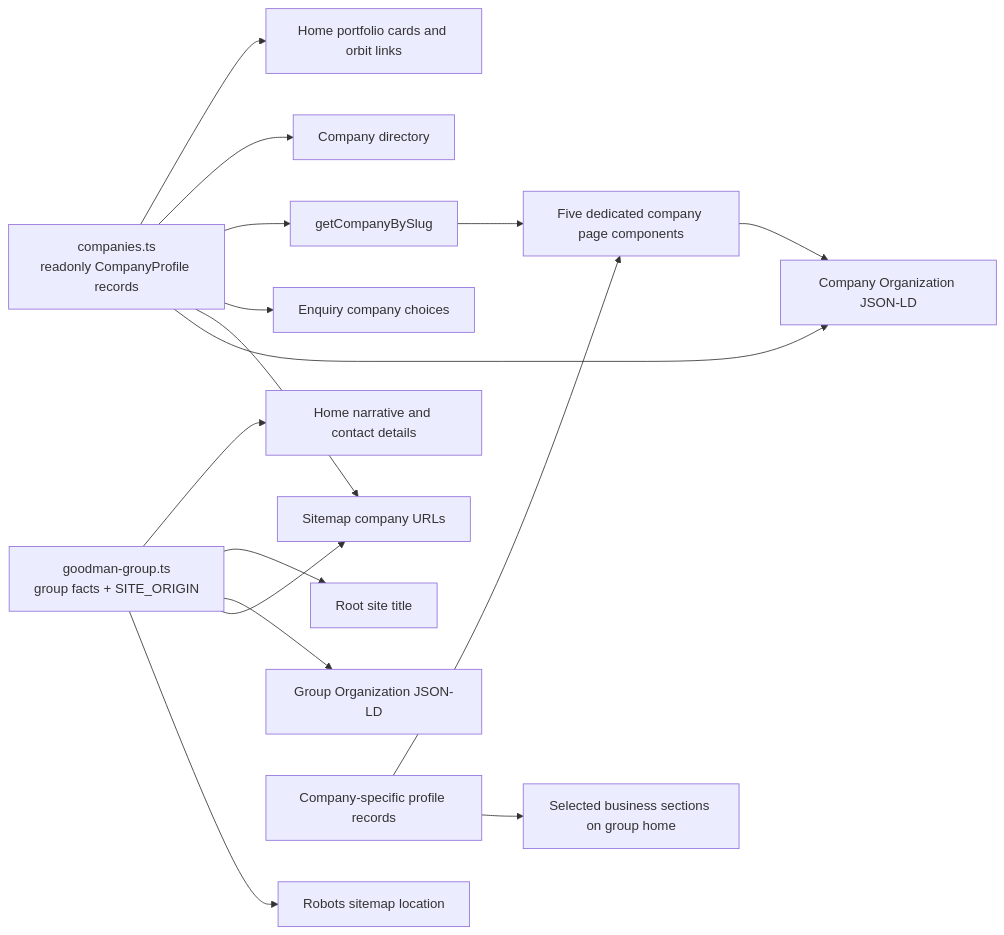
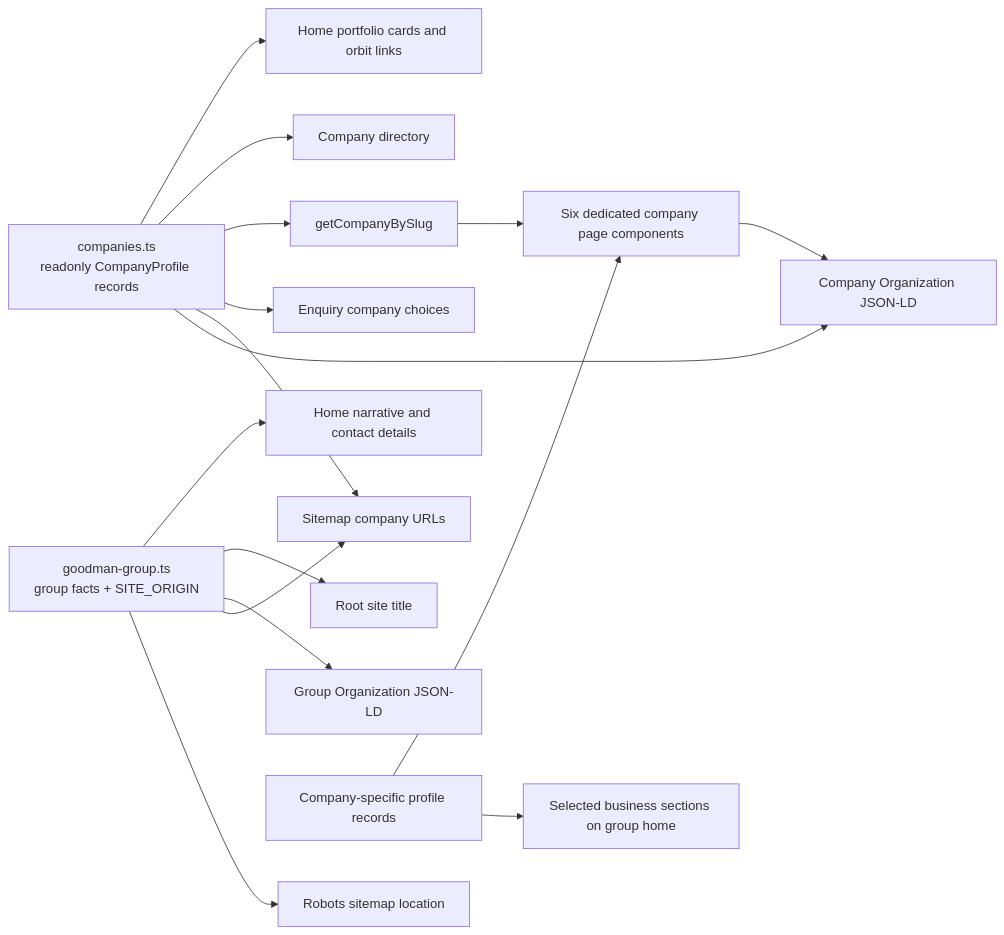
The second of 4 diagrams in README.md (haris936hk/Goodman-Group), drawn with Mermaid before and after one commit. The commit also changed other lines of this file and 43 other files, not shown here.

````diff
--- a/README.md
+++ b/README.md
@@ -68,20 +82,20 @@
 ```mermaid
 flowchart LR
   Registry["companies.ts<br/>readonly CompanyProfile records"] --> HomeCards[Home portfolio cards and orbit links]
   Registry --> Directory[Company directory]
   Registry --> Lookup[getCompanyBySlug]
-  Lookup --> Bespoke[Five dedicated company page components]
+  Lookup --> Bespoke[Six dedicated company page components]
   Registry --> FormChoices[Enquiry company choices]
   Registry --> Sitemap[Sitemap company URLs]
   Registry --> CompanyJSONLD[Company Organization JSON-LD]
 
   GroupFacts["goodman-group.ts<br/>group facts + SITE_ORIGIN"] --> HomeStory[Home narrative and contact details]
   GroupFacts --> SiteTitle[Root site title]
   GroupFacts --> GroupJSONLD[Group Organization JSON-LD]
   GroupFacts --> Sitemap
   GroupFacts --> Robots[Robots sitemap location]
 
   ProfileData[Company-specific profile records] --> Bespoke
   ProfileData --> HomePresence[Selected business sections on group home]
   Bespoke --> CompanyJSONLD
 ```
````
